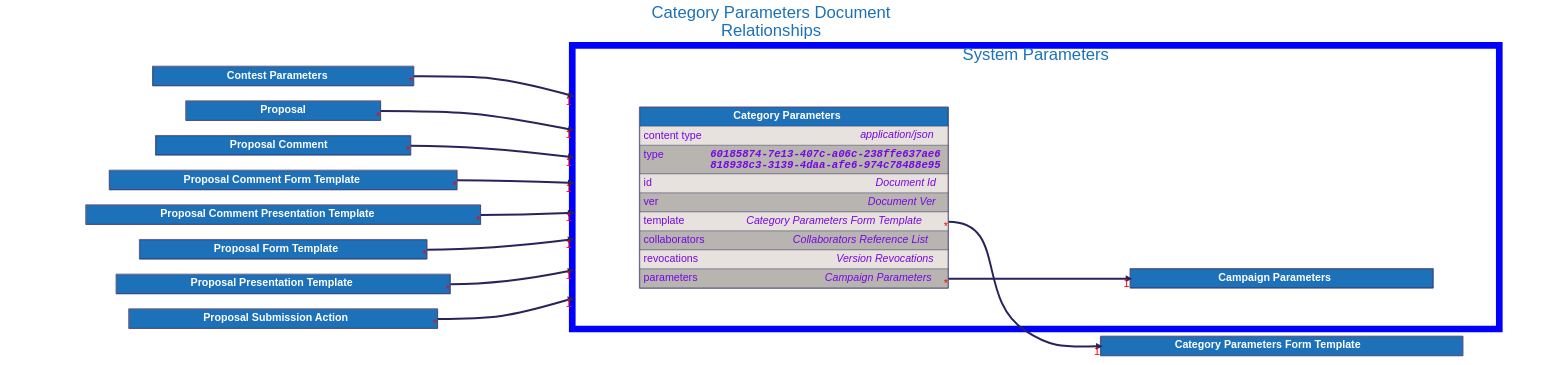
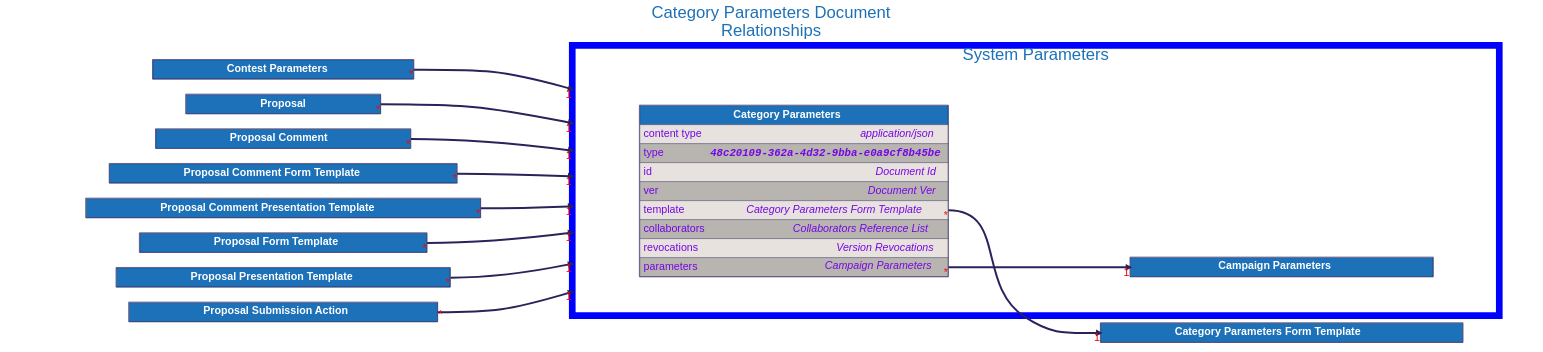
The diagram in docs/src/architecture/08_concepts/signed_doc/diagrams/category_parameters.dot (input-output-hk/catalyst-libs), drawn with Graphviz before and after one commit. The commit also changed 57 other files, not shown here.

```diff
--- a/docs/src/architecture/08_concepts/signed_doc/diagrams/category_parameters.dot
+++ b/docs/src/architecture/08_concepts/signed_doc/diagrams/category_parameters.dot
@@ -192,7 +192,7 @@
                         <TABLE CELLPADDING="0" CELLSPACING="0" BORDER="0">
                             <TR>
                                 <TD ALIGN="LEFT" VALIGN="TOP" WIDTH="200"><FONT COLOR="#7706E5">type</FONT></TD>
-                                <TD ALIGN="RIGHT"><FONT FACE="Courier" COLOR="#7706E5"><B><I>60185874-7e13-407c-a06c-238ffe637ae6<BR />818938c3-3139-4daa-afe6-974c78488e95</I></B></FONT></TD>
+                                <TD ALIGN="RIGHT"><FONT FACE="Courier" COLOR="#7706E5"><B><I>48c20109-362a-4d32-9bba-e0a9cf8b45be</I></B></FONT></TD>
                             </TR>
                         </TABLE>
                     </TD>
```
